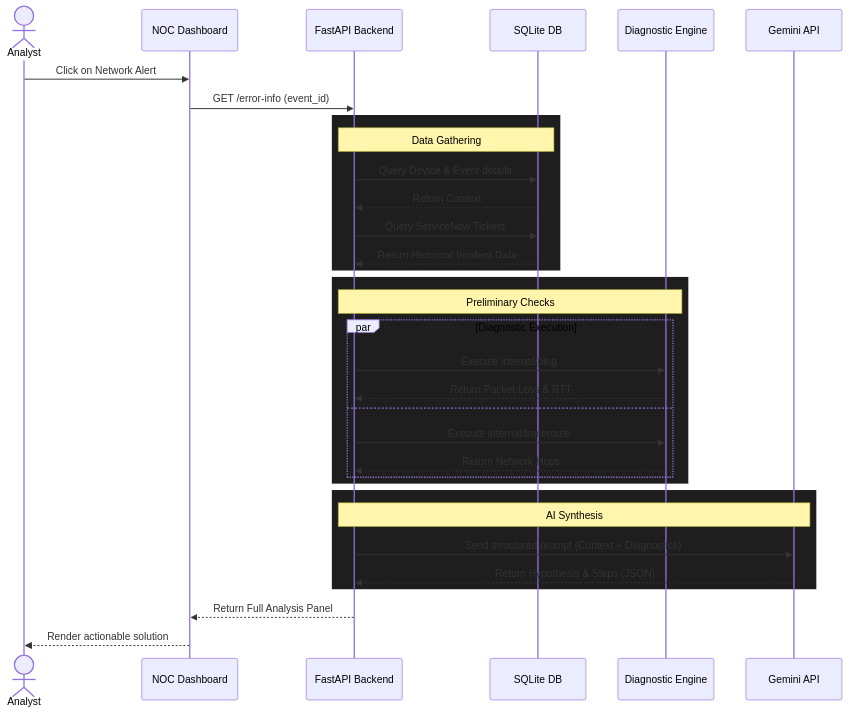
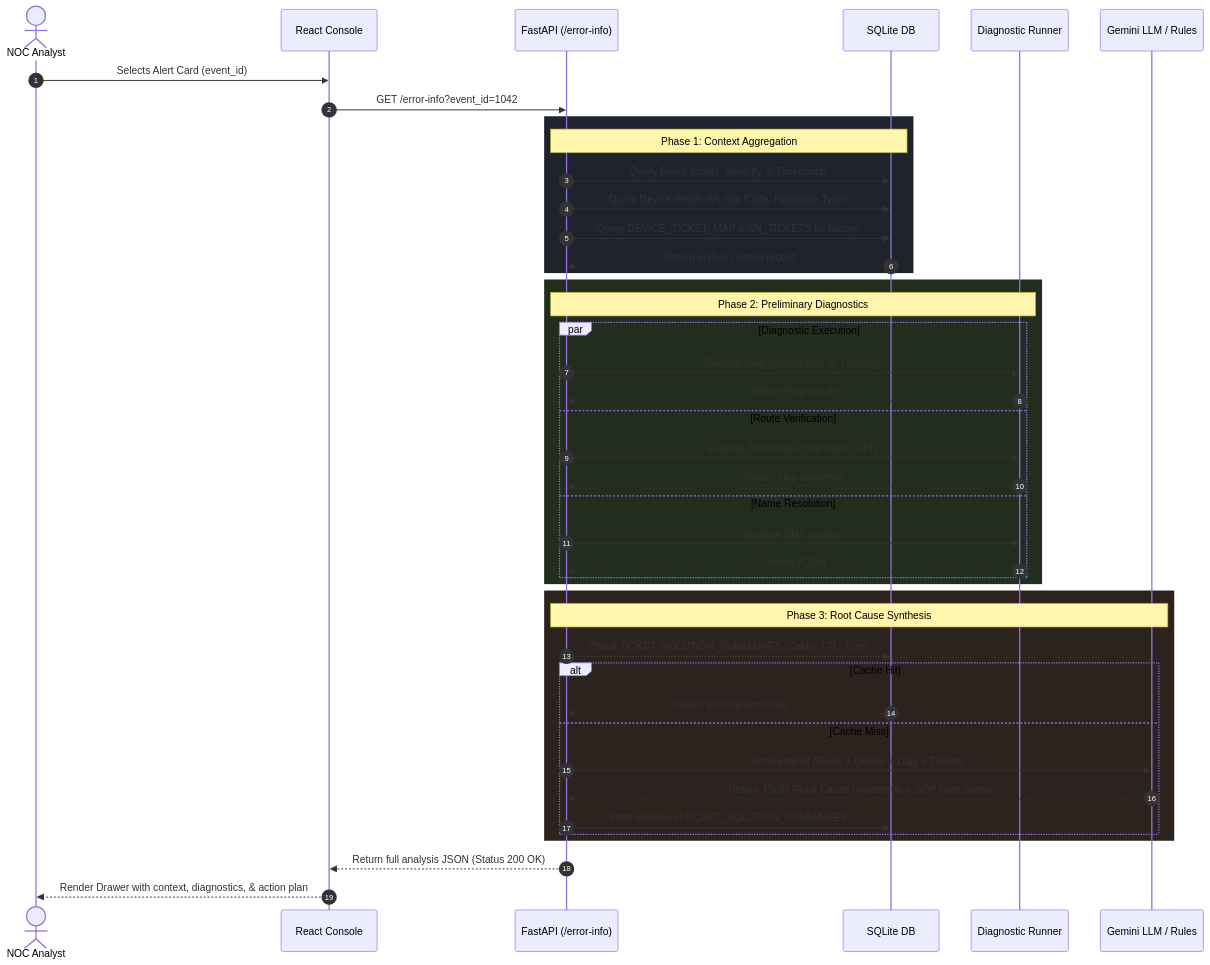
The second of 6 diagrams in docs/NOC_Diagrams.md (sanchiitvijay/noc-ps), drawn with Mermaid before and after one commit. The commit also changed other lines of this file and 2 other files, not shown here.

Commit message:
docs: update comprehensive technical documentation and system diagrams

````diff
--- a/docs/NOC_Diagrams.md
+++ b/docs/NOC_Diagrams.md
@@ -8,40 +61,50 @@
 ```mermaid
 sequenceDiagram
-    actor Analyst
-    participant UI as NOC Dashboard
-    participant API as FastAPI Backend
+    autonumber
+    actor Analyst as NOC Analyst
+    participant UI as React Console
+    participant API as FastAPI (/error-info)
     participant DB as SQLite DB
-    participant Diag as Diagnostic Engine
-    participant LLM as Gemini API
+    participant Diag as Diagnostic Runner
+    participant AI as Gemini LLM / Rules
 
-    Analyst->>UI: Click on Network Alert
-    UI->>API: GET /error-info (event_id)
+    Analyst->>UI: Selects Alert Card (event_id)
+    UI->>API: GET /error-info?event_id=1042
     
-    rect rgb(30, 30, 30)
-    Note over API,DB: Data Gathering
-    API->>DB: Query Device & Event details
-    DB-->>API: Return Context
-    API->>DB: Query ServiceNow Tickets
-    DB-->>API: Return Historical Incident Data
+    rect rgb(30, 35, 45)
+    Note over API,DB: Phase 1: Context Aggregation
+    API->>DB: Query Event details, Severity, & Timestamp
+    API->>DB: Query Device details (IP, Site Code, Hardware Type)
+    API->>DB: Query DEVICE_TICKET_MAP & SN_TICKETS for history
+    DB-->>API: Return unified context record
     end
-    
-    rect rgb(30, 30, 30)
-    Note over API,Diag: Preliminary Checks
+
+    rect rgb(35, 45, 30)
+    Note over API,Diag: Phase 2: Preliminary Diagnostics
     par Diagnostic Execution
-        API->>Diag: Execute internal/ping
-        Diag-->>API: Return Packet Loss & RTT
-    and
-        API->>Diag: Execute internal/traceroute
-        Diag-->>API: Return Network Hops
+        API->>Diag: Execute Ping (Packet loss %, Latency)
+        Diag-->>API: Return Ping results
+    and Route Verification
+        API->>Diag: Execute Traceroute (Hop count, RTT)
+        Diag-->>API: Return Hop sequence
+    and Name Resolution
+        API->>Diag: Reverse DNS Lookup
+        Diag-->>API: Return FQDN
     end
     end
-    
-    rect rgb(30, 30, 30)
-    Note over API,LLM: AI Synthesis
-    API->>LLM: Send structured prompt (Context + Diagnostics)
-    LLM-->>API: Return Hypothesis & Steps (JSON)
+
+    rect rgb(45, 35, 30)
+    Note over API,AI: Phase 3: Root Cause Synthesis
+    API->>DB: Check TICKET_SOLUTION_SUMMARIES (Cache TTL: 10m)
+    alt Cache Hit
+        DB-->>API: Return existing synthesis
+    else Cache Miss
+        API->>AI: Send prompt (Event + Device + Diag + Tickets)
+        AI-->>API: Return JSON (Root Cause Hypothesis + SOP Next Steps)
+        API->>DB: Store solution in TICKET_SOLUTION_SUMMARIES
     end
-    
-    API-->>UI: Return Full Analysis Panel
-    UI-->>Analyst: Render actionable solution
+    end
+
+    API-->>UI: Return full analysis JSON (Status 200 OK)
+    UI-->>Analyst: Render Drawer with context, diagnostics, & action plan
 ```
````
